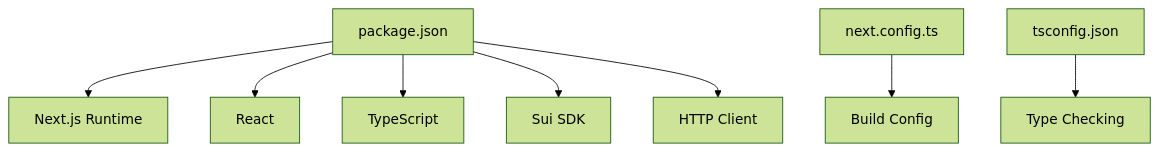
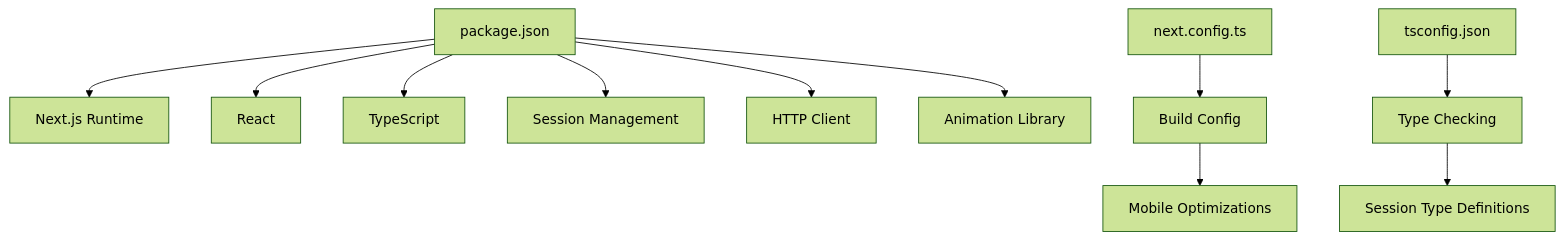
Before and after one commit to hieudepoet/Insurix: the ninth of 9 diagrams in .qoder/repowiki/en/content/Architecture Overview/Frontend Architecture.md, drawn with Mermaid (forest theme). The commit also changed other lines of this file and 63 other files, not shown here.

````diff
--- a/.qoder/repowiki/en/content/Architecture Overview/Frontend Architecture.md
+++ b/.qoder/repowiki/en/content/Architecture Overview/Frontend Architecture.md
@@ -379,10 +481,13 @@
 ```mermaid
 graph TB
 PKG["package.json"] --> NEXT["Next.js Runtime"]
 PKG --> REACT["React"]
 PKG --> TS["TypeScript"]
-PKG --> SUI["Sui SDK"]
+PKG --> SESSION["Session Management"]
 PKG --> HTTP["HTTP Client"]
+PKG --> ANIM["Animation Library"]
 CFG["next.config.ts"] --> BUILD["Build Config"]
 TSC["tsconfig.json"] --> TYPES["Type Checking"]
+BUILD --> MOBILE["Mobile Optimizations"]
+TYPES --> SESSION_TYPES["Session Type Definitions"]
 ```
````
